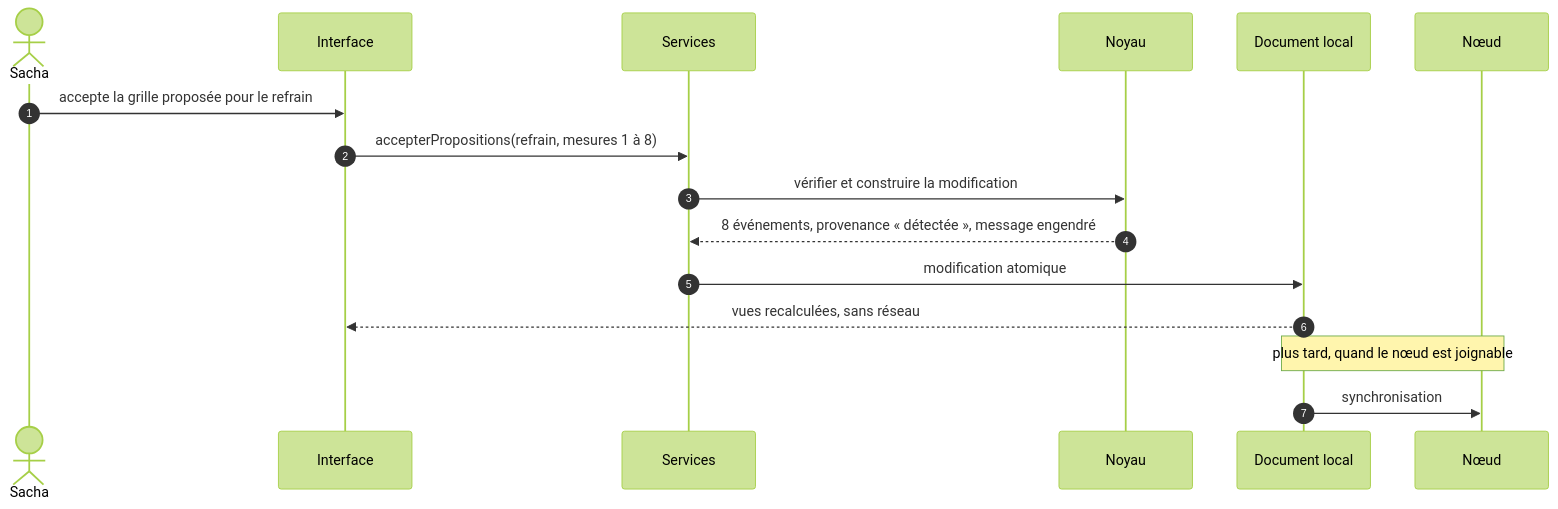
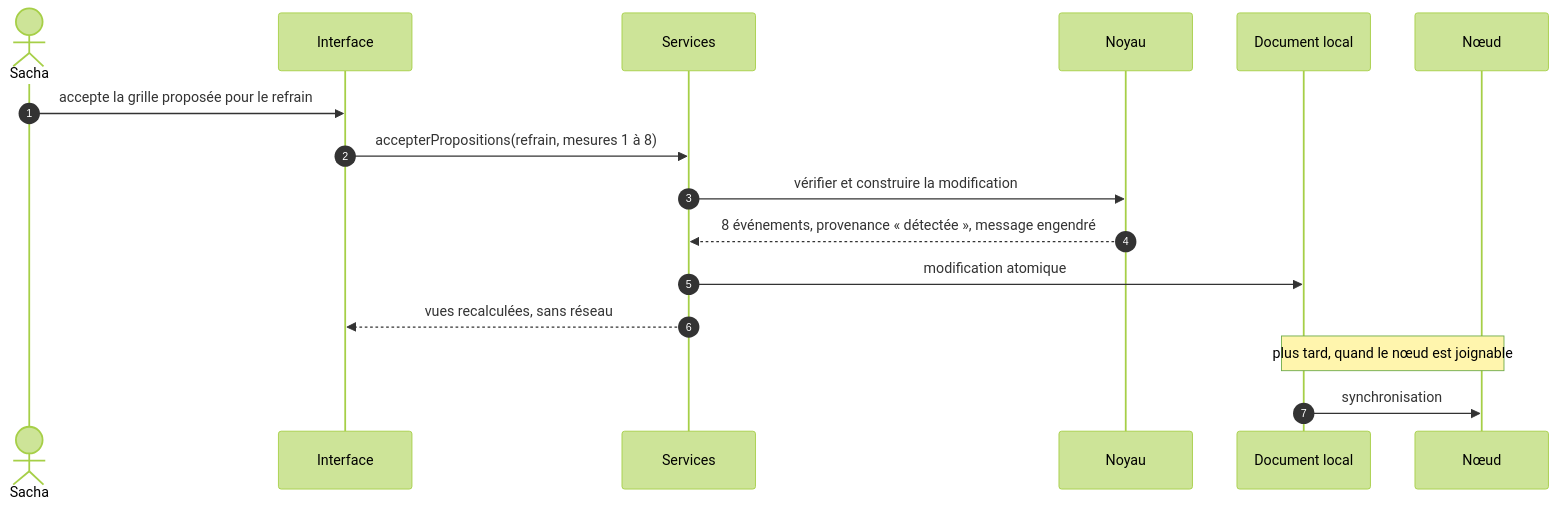
The fourth of 13 diagrams in docs/40-architecture.md (EdouardZemb/pupitre), drawn with Mermaid (forest theme) before and after one commit. The commit also changed other lines of this file and 24 other files, not shown here.

````diff
--- a/docs/40-architecture.md
+++ b/docs/40-architecture.md
@@ -176,18 +195,18 @@
 ```mermaid
 sequenceDiagram
   autonumber
   actor S as Sacha
   participant UI as Interface
   participant SV as Services
   participant NY as Noyau
   participant DL as Document local
   participant N as Nœud
   S->>UI: accepte la grille proposée pour le refrain
   UI->>SV: accepterPropositions(refrain, mesures 1 à 8)
   SV->>NY: vérifier et construire la modification
   NY-->>SV: 8 événements, provenance « détectée », message engendré
   SV->>DL: modification atomique
-  DL-->>UI: vues recalculées, sans réseau
+  SV-->>UI: vues recalculées, sans réseau
   Note over DL,N: plus tard, quand le nœud est joignable
   DL->>N: synchronisation
 ```
````
